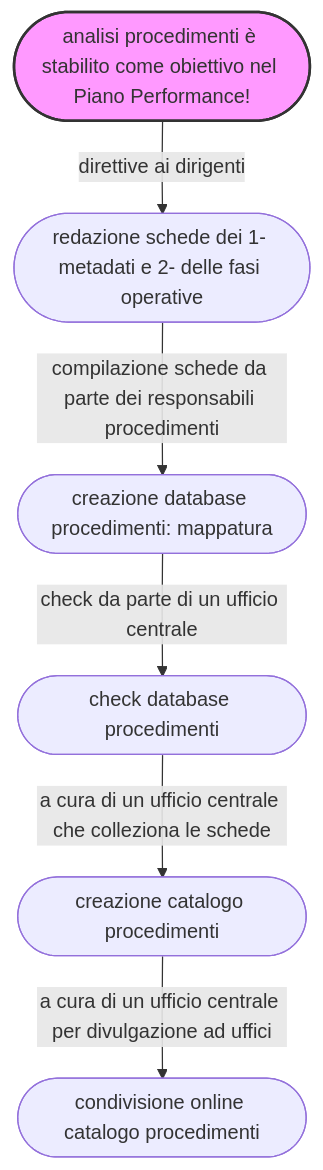
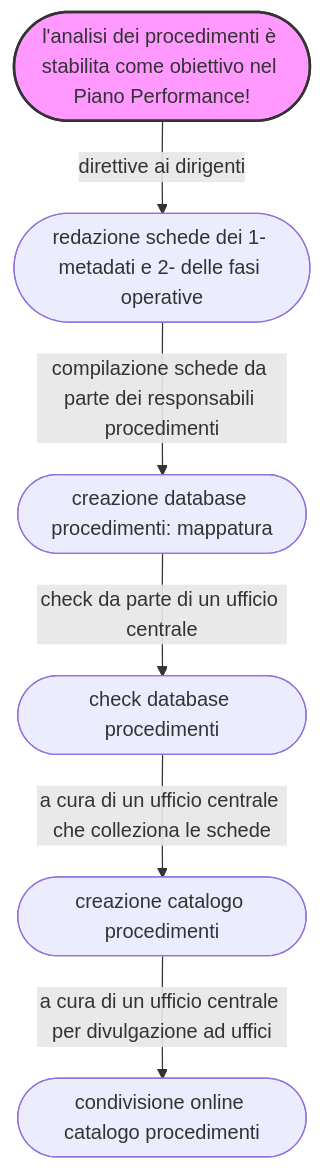
The diagram in docs/index.md (UO-TransizioneDigitaleComunePalermo/mappatura-procedimenti-amministrativi), drawn with Mermaid before and after one commit.

````diff
--- a/docs/index.md
+++ b/docs/index.md
@@ -21,9 +21,9 @@
 ``` mermaid
 graph TD
-A([analisi procedimenti è stabilito come obiettivo nel Piano Performance!]) -->|direttive ai dirigenti| B([redazione schede dei 1- metadati e 2- delle fasi operative])
+A([l'analisi dei procedimenti è stabilita come obiettivo nel Piano Performance!]) -->|direttive ai dirigenti| B([redazione schede dei 1- metadati e 2- delle fasi operative])
 B -->|compilazione schede da parte dei responsabili procedimenti| C([creazione database procedimenti: mappatura]) 
 C -->|check da parte di un ufficio centrale| D([check database procedimenti]) 
 D -->|a cura di un ufficio centrale che colleziona le schede| E([creazione catalogo procedimenti]) 
 E -->|a cura di un ufficio centrale per divulgazione ad uffici| F([condivisione online catalogo procedimenti])
 style A fill:#f9f,stroke:#333,stroke-width:2px
 ```
````
